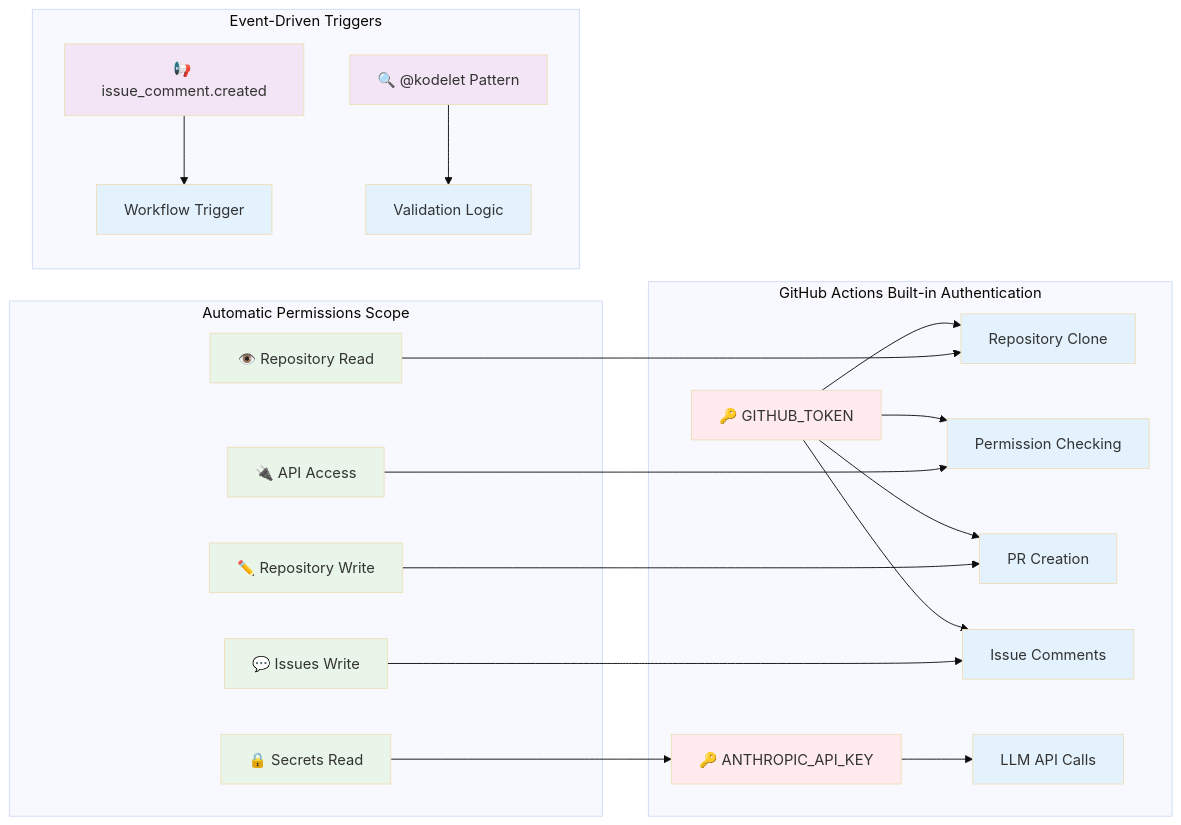
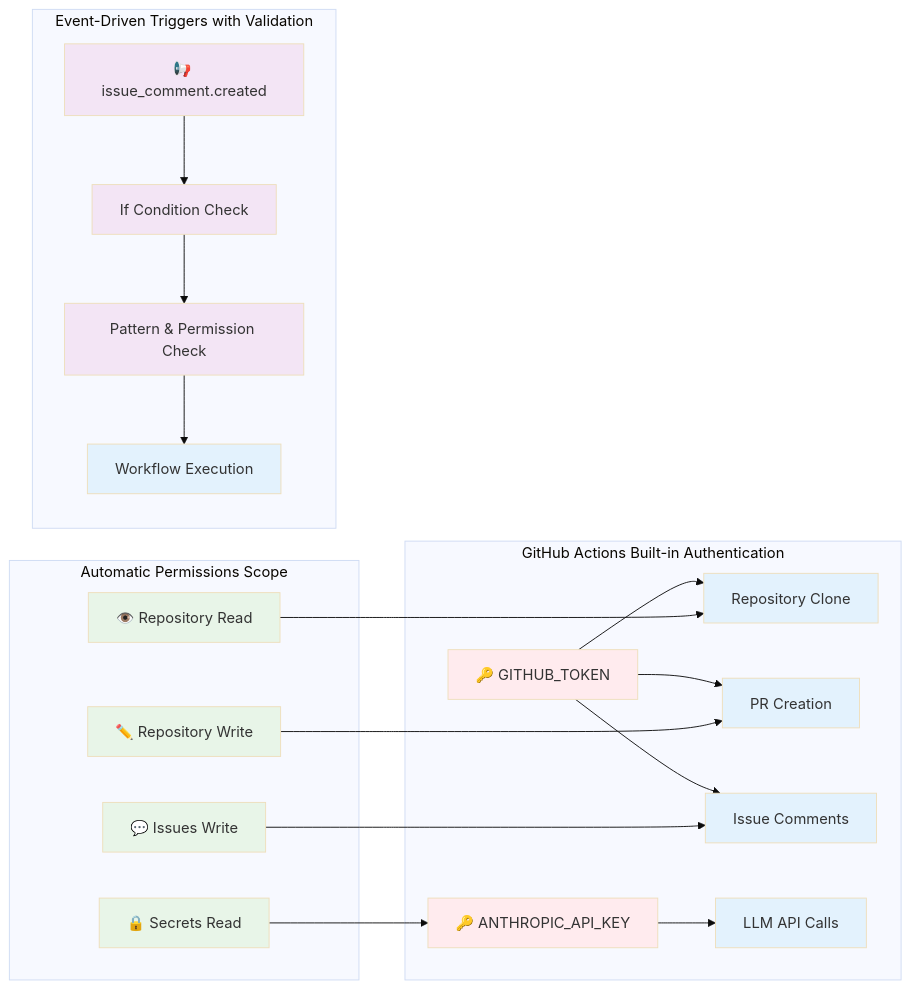
Before and after one commit to jingkaihe/kodelet: the third of 3 diagrams in adrs/012-background-kodelet.md, drawn with Mermaid (base theme). The commit also changed other lines of this file, not shown here.

Commit message:
docs(adr): update workflow architecture diagrams with simplified validation logic

````diff
--- a/adrs/012-background-kodelet.md
+++ b/adrs/012-background-kodelet.md
@@ -240,33 +222,32 @@
 ```mermaid
 graph LR
     subgraph "GitHub Actions Built-in Authentication"
         GHTOKEN[🔑 GITHUB_TOKEN] --> CLONE[Repository Clone]
-        GHTOKEN --> PERM[Permission Checking]
         GHTOKEN --> PRAPI[PR Creation]
         GHTOKEN --> COMMENT[Issue Comments]
         APIKEY[🔑 ANTHROPIC_API_KEY] --> LLM[LLM API Calls]
     end
 
     subgraph "Automatic Permissions Scope"
         READPERM[👁️ Repository Read] --> CLONE
         WRITEPERM[✏️ Repository Write] --> PRAPI
         ISSUEPERM[💬 Issues Write] --> COMMENT
-        APIPERM[🔌 API Access] --> PERM
         SECPERM[🔒 Secrets Read] --> APIKEY
     end
 
-    subgraph "Event-Driven Triggers"
-        ISSUEVENT[📢 issue_comment.created] --> TRIGGER[Workflow Trigger]
-        FILTER[🔍 @kodelet Pattern] --> VALIDATE[Validation Logic]
+    subgraph "Event-Driven Triggers with Validation"
+        ISSUEVENT[📢 issue_comment.created] --> IFCOND[If Condition Check]
+        IFCOND --> PATTERNS[Pattern & Permission Check]
+        PATTERNS --> TRIGGER[Workflow Execution]
     end
 
     classDef auth fill:#ffebee
     classDef scope fill:#e8f5e8
     classDef action fill:#e3f2fd
     classDef event fill:#f3e5f5
 
     class GHTOKEN,APIKEY auth
-    class READPERM,WRITEPERM,ISSUEPERM,APIPERM,SECPERM scope
-    class CLONE,PERM,PRAPI,COMMENT,LLM,TRIGGER,VALIDATE action
-    class ISSUEVENT,FILTER event
+    class READPERM,WRITEPERM,ISSUEPERM,SECPERM scope
+    class CLONE,PRAPI,COMMENT,LLM,TRIGGER action
+    class ISSUEVENT,IFCOND,PATTERNS event
 ```
````
